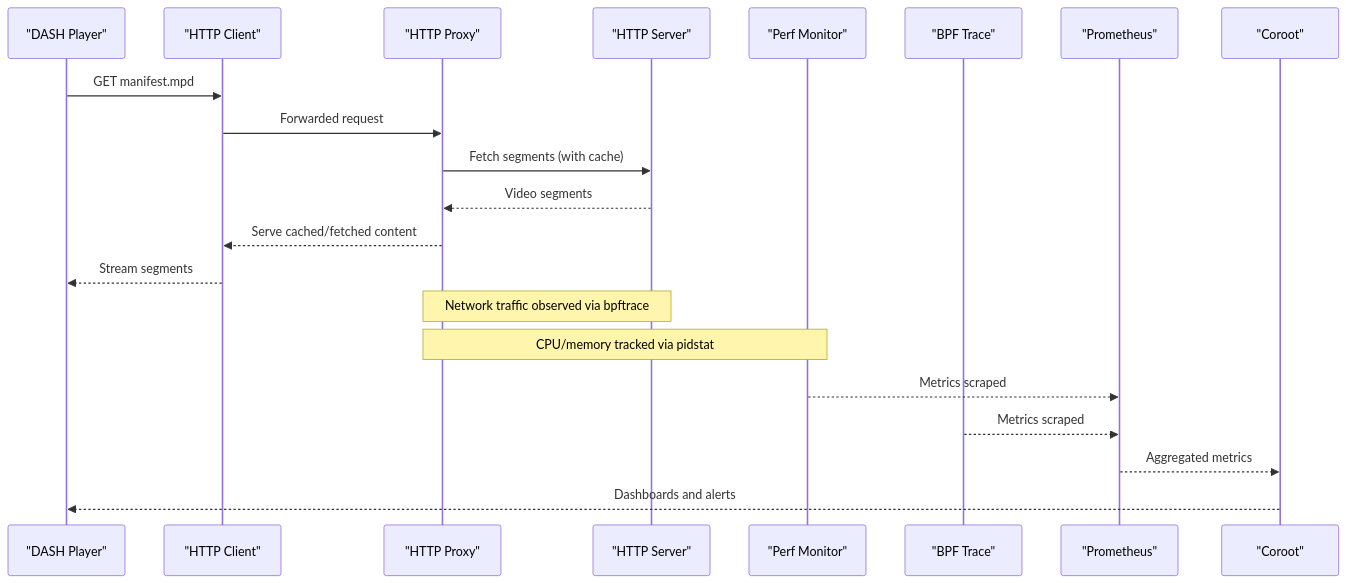
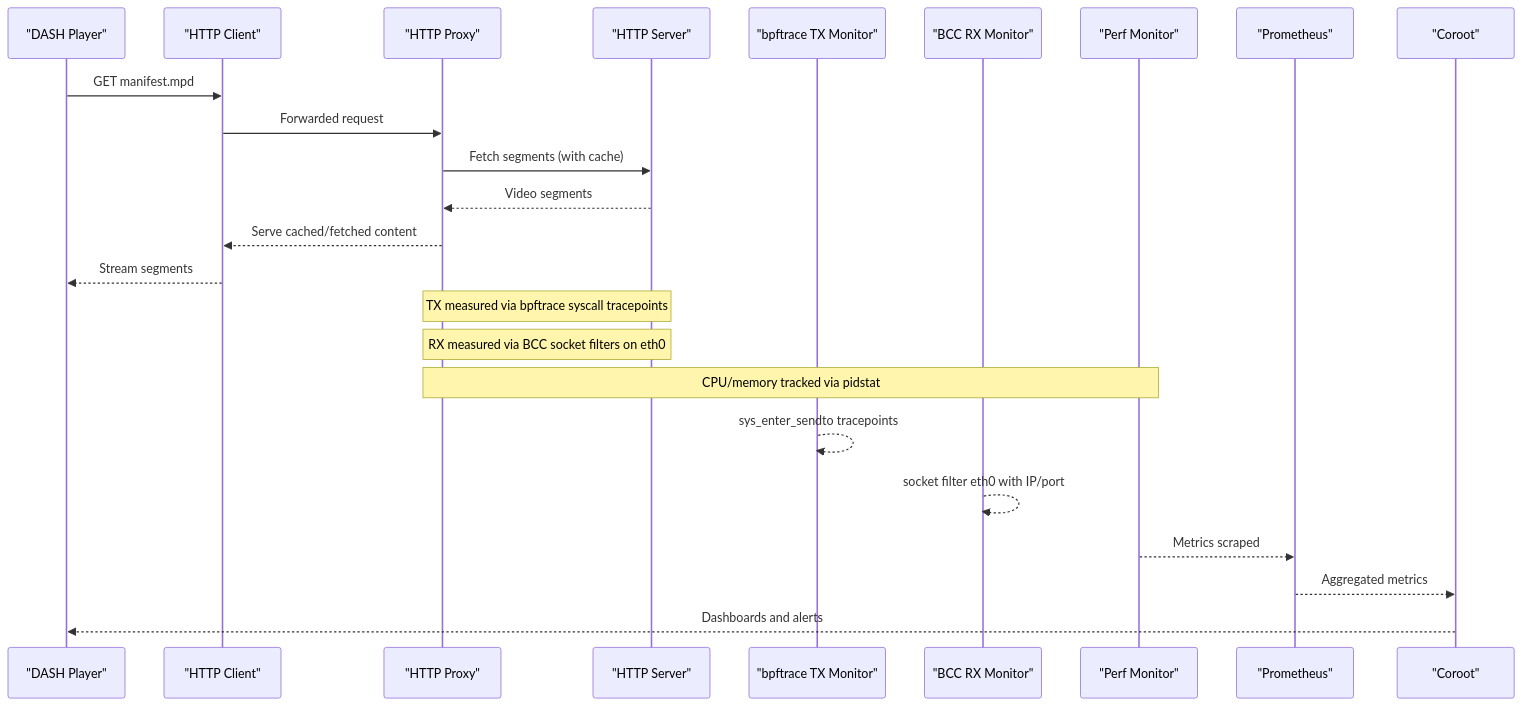
Before and after one commit to Fogus-Gr/MeasurementsDTs: the second of 4 diagrams in .qoder/repowiki/en/content/Integration Components/Network Monitoring System.md, drawn with Mermaid. The commit also changed other lines of this file and 10 other files, not shown here.

````diff
--- a/.qoder/repowiki/en/content/Integration Components/Network Monitoring System.md
+++ b/.qoder/repowiki/en/content/Integration Components/Network Monitoring System.md
@@ -104,23 +121,26 @@
 ```mermaid
 sequenceDiagram
 participant Player as "DASH Player"
 participant Client as "HTTP Client"
 participant Proxy as "HTTP Proxy"
 participant Server as "HTTP Server"
+participant TX as "bpftrace TX Monitor"
+participant RX as "BCC RX Monitor"
 participant Perf as "Perf Monitor"
-participant Trace as "BPF Trace"
 participant Prom as "Prometheus"
 participant Coroot as "Coroot"
 Player->>Client : GET manifest.mpd
 Client->>Proxy : Forwarded request
 Proxy->>Server : Fetch segments (with cache)
 Server-->>Proxy : Video segments
 Proxy-->>Client : Serve cached/fetched content
 Client-->>Player : Stream segments
-Note over Proxy,Server : Network traffic observed via bpftrace
+Note over Proxy,Server : TX measured via bpftrace syscall tracepoints
+Note over Proxy,Server : RX measured via BCC socket filters on eth0
 Note over Proxy,Perf : CPU/memory tracked via pidstat
+TX-->>TX : sys_enter_sendto tracepoints
+RX-->>RX : socket filter eth0 with IP/port
 Perf-->>Prom : Metrics scraped
-Trace-->>Prom : Metrics scraped
 Prom-->>Coroot : Aggregated metrics
 Coroot-->>Player : Dashboards and alerts
 ```
````
